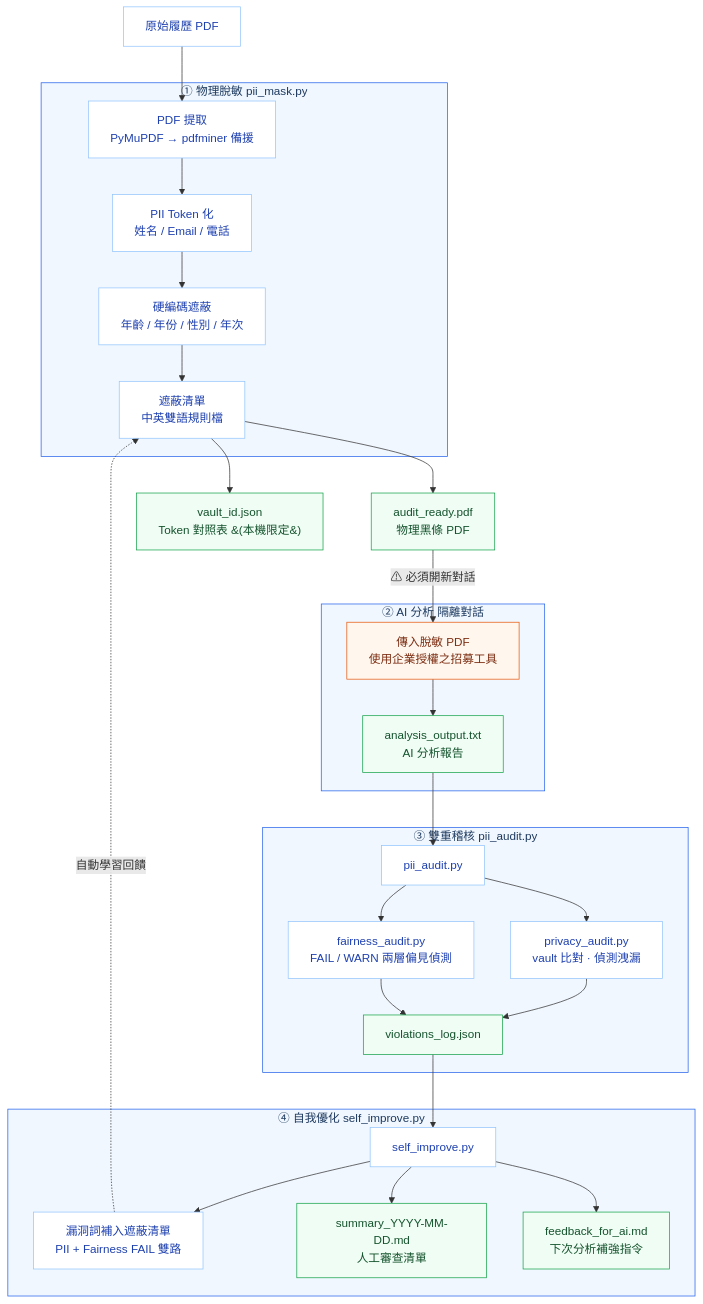
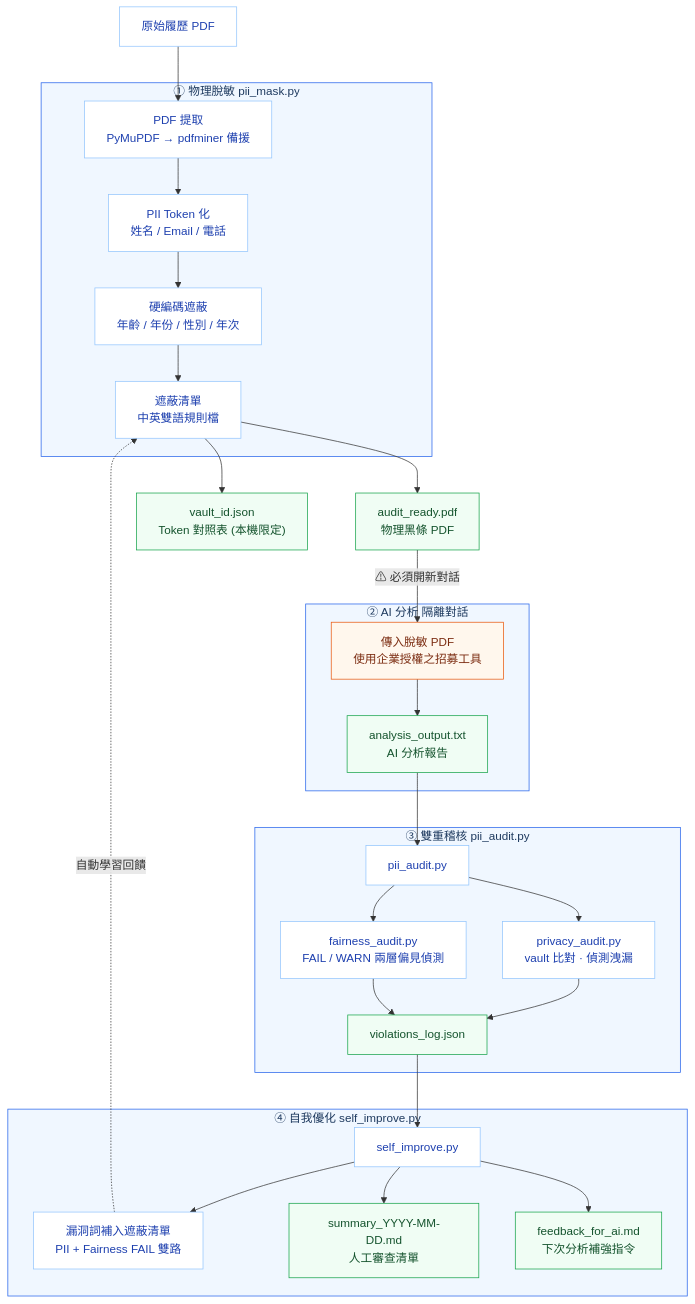
The diagram in README.md (chengwesley/AnonyHire), drawn with Mermaid before and after one commit.

Commit message:
docs: 修正 README Mermaid 流程圖解析錯誤
- VAULT 節點標籤改為雙引號包覆，避免括號被 Mermaid 誤判為形狀語法
- 原本的 &#40;/&#41; 在 GitHub 會先被解回 ( )，所以沒有效果

````diff
--- a/README.md
+++ b/README.md
@@ -16,53 +16,53 @@
 ```mermaid
 flowchart TD
     INPUT[原始履歷 PDF]
 
     INPUT --> MASK
 
     subgraph STEP1["① 物理脫敏  pii_mask.py"]
         MASK[PDF 提取<br/>PyMuPDF → pdfminer 備援]
         MASK --> TOK[PII Token 化<br/>姓名 / Email / 電話]
         TOK --> HARD[硬編碼遮蔽<br/>年齡 / 年份 / 性別 / 年次]
         HARD --> BL[遮蔽清單<br/>中英雙語規則檔]
     end
 
     BL --> PDF_OUT[audit_ready.pdf<br/>物理黑條 PDF]
-    BL --> VAULT[vault_id.json<br/>Token 對照表 &#40;本機限定&#41;]
+    BL --> VAULT["vault_id.json<br/>Token 對照表 (本機限定)"]
 
     PDF_OUT -->|"⚠ 必須開新對話"| ANALYSIS
 
     subgraph STEP2["② AI 分析  隔離對話"]
         ANALYSIS[傳入脫敏 PDF<br/>使用企業授權之招募工具]
         ANALYSIS --> REPORT[analysis_output.txt<br/>AI 分析報告]
     end
 
     REPORT --> AUDIT
 
     subgraph STEP3["③ 雙重稽核  pii_audit.py"]
         AUDIT[pii_audit.py]
         AUDIT --> PRIV[privacy_audit.py<br/>vault 比對 · 偵測洩漏]
         AUDIT --> FAIR[fairness_audit.py<br/>FAIL / WARN 兩層偏見偵測]
         PRIV --> LOG[violations_log.json]
         FAIR --> LOG
     end
 
     LOG --> IMPROVE
 
     subgraph STEP4["④ 自我優化  self_improve.py"]
         IMPROVE[self_improve.py]
         IMPROVE --> BL_UPDATE[漏洞詞補入遮蔽清單<br/>PII + Fairness FAIL 雙路]
         IMPROVE --> SUMMARY[summary_YYYY-MM-DD.md<br/>人工審查清單]
         IMPROVE --> FEEDBACK[feedback_for_ai.md<br/>下次分析補強指令]
     end
 
     BL_UPDATE -.->|自動學習回饋| BL
 
     classDef step fill:#f0f7ff,stroke:#2563eb,color:#1e3a5f
     classDef node fill:#ffffff,stroke:#93c5fd,color:#1e40af
     classDef output fill:#f0fdf4,stroke:#16a34a,color:#14532d
     classDef warn fill:#fff7ed,stroke:#ea580c,color:#7c2d12
     class STEP1,STEP2,STEP3,STEP4 step
     class MASK,TOK,HARD,BL,AUDIT,PRIV,FAIR,IMPROVE,BL_UPDATE node
     class PDF_OUT,VAULT,REPORT,LOG,SUMMARY,FEEDBACK output
     class ANALYSIS warn
 ```
````
